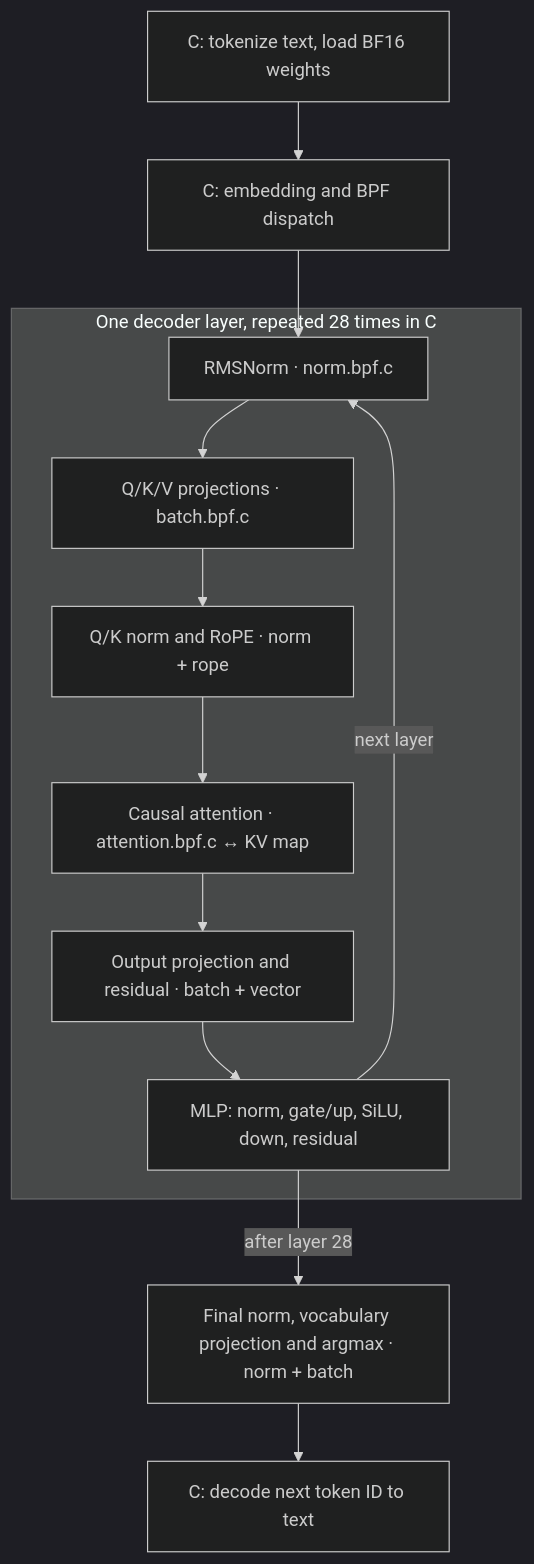
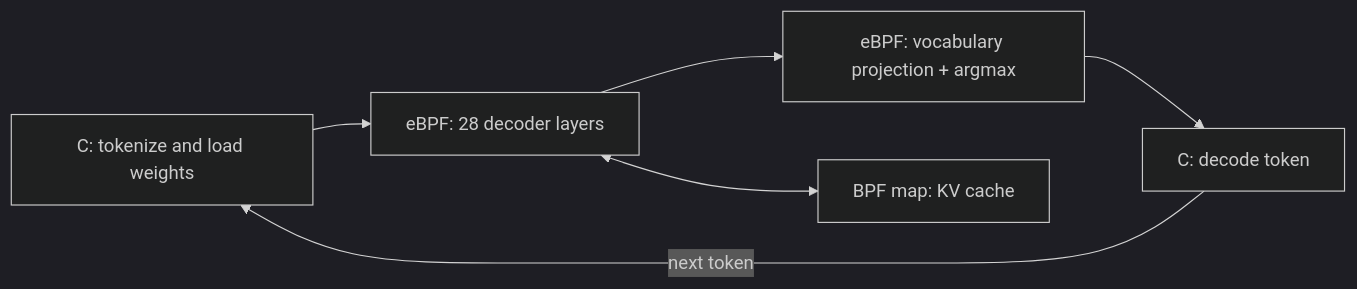
The diagram in README.md (eunomia-bpf/qwen3-ebpf), drawn with Mermaid (dark theme) before and after one commit. The commit also changed other lines of this file and 3 other files, not shown here.

````diff
--- a/README.md
+++ b/README.md
@@ -18,15 +54,8 @@
 ```mermaid
-flowchart TD
-    A["C: tokenize text, load BF16 weights"] --> B["C: embedding and BPF dispatch"]
-    B --> C
-    subgraph L["One decoder layer, repeated 28 times in C"]
-        C["RMSNorm · norm.bpf.c"] --> D["Q/K/V projections · batch.bpf.c"]
-        D --> E["Q/K norm and RoPE · norm + rope"]
-        E --> F["Causal attention · attention.bpf.c ↔ KV map"]
-        F --> G["Output projection and residual · batch + vector"]
-        G --> H["MLP: norm, gate/up, SiLU, down, residual"]
-    end
-    H -- "next layer" --> C
-    H -- "after layer 28" --> I["Final norm, vocabulary projection and argmax · norm + batch"]
-    I --> J["C: decode next token ID to text"]
+flowchart LR
+    A["C: tokenize and load weights"] --> B["eBPF: 28 decoder layers"]
+    B --> C["eBPF: vocabulary projection + argmax"]
+    C --> D["C: decode token"]
+    B <--> E["BPF map: KV cache"]
+    D -->|next token| A
 ```
````
